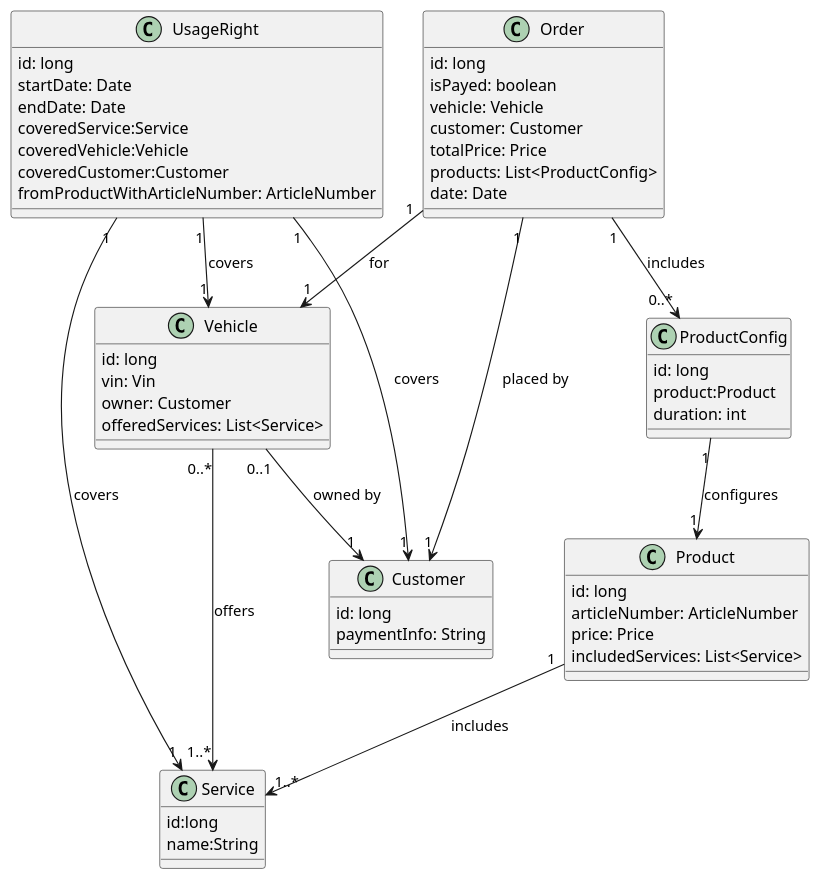
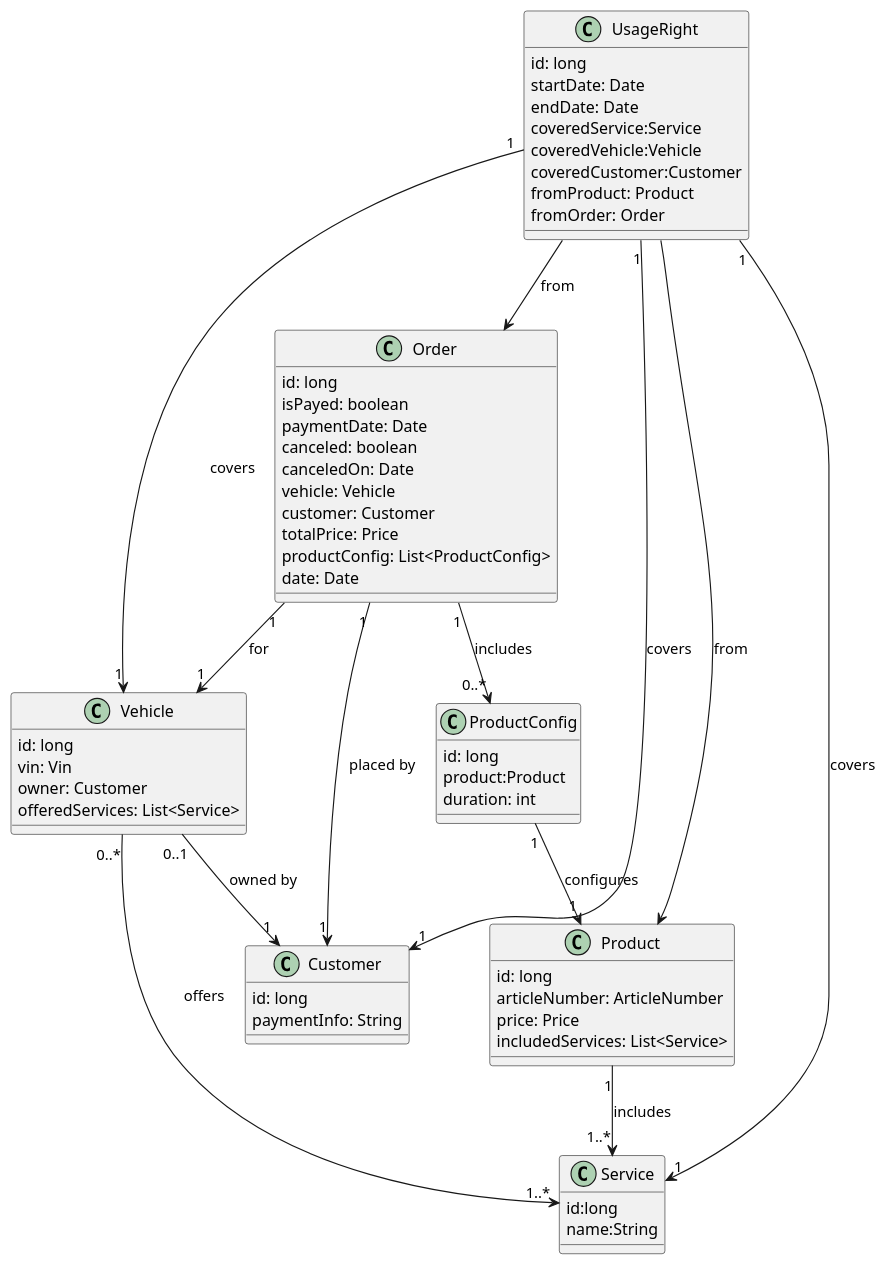
One commit to ljbg1996/car-backend changed the diagram in Phase 2/MoTraCoCa/UML/Neue Anforderungen/Class(DB-Structure).puml. Above: the diagram before and after it, drawn with PlantUML. The commit also changed 9 other files, not shown here.

Commit message:
UML Anpassung an Anforderungen

```diff
--- a/Phase 2/MoTraCoCa/UML/Neue Anforderungen/Class(DB-Structure).puml
+++ b/Phase 2/MoTraCoCa/UML/Neue Anforderungen/Class(DB-Structure).puml
@@ -1,65 +1,71 @@
 @startuml
 
 class Customer {
 id: long
 paymentInfo: String
 }
 
 class Vehicle {
   id: long
   vin: Vin
   owner: Customer
   offeredServices: List<Service>
 }
 
 class Service{
 id:long
 name:String
 }
 
 
 class UsageRight {
   id: long
   startDate: Date
   endDate: Date
   coveredService:Service
   coveredVehicle:Vehicle
   coveredCustomer:Customer
-  fromProductWithArticleNumber: ArticleNumber
+  fromProduct: Product
+  fromOrder: Order
 }
 
 class Product {
   id: long
   articleNumber: ArticleNumber
   price: Price
   includedServices: List<Service>
 }
 class ProductConfig {
   id: long
   product:Product
   duration: int
 }
 
 class Order{
 id: long
 isPayed: boolean
+paymentDate: Date
+canceled: boolean
+canceledOn: Date
 vehicle: Vehicle
 customer: Customer
 totalPrice: Price
-products: List<ProductConfig>
+productConfig: List<ProductConfig>
 date: Date
 }
 
 Vehicle "0..1" --> "1" Customer : owned by
 Vehicle "0..*" --> "1..*" Service : offers
 UsageRight "1" --> "1" Service : covers
 UsageRight "1" --> "1" Vehicle : covers
 UsageRight "1" --> "1" Customer : covers
+UsageRight  -->  Order : from
+UsageRight  -->  Product : from
 Product "1" --> "1..*" Service : includes
 ProductConfig "1" --> "1" Product : configures
 Order "1" --> "1" Customer : placed by
 Order "1" --> "1" Vehicle : for
 Order "1" --> "0..*" ProductConfig : includes
 
 
 @enduml
```
